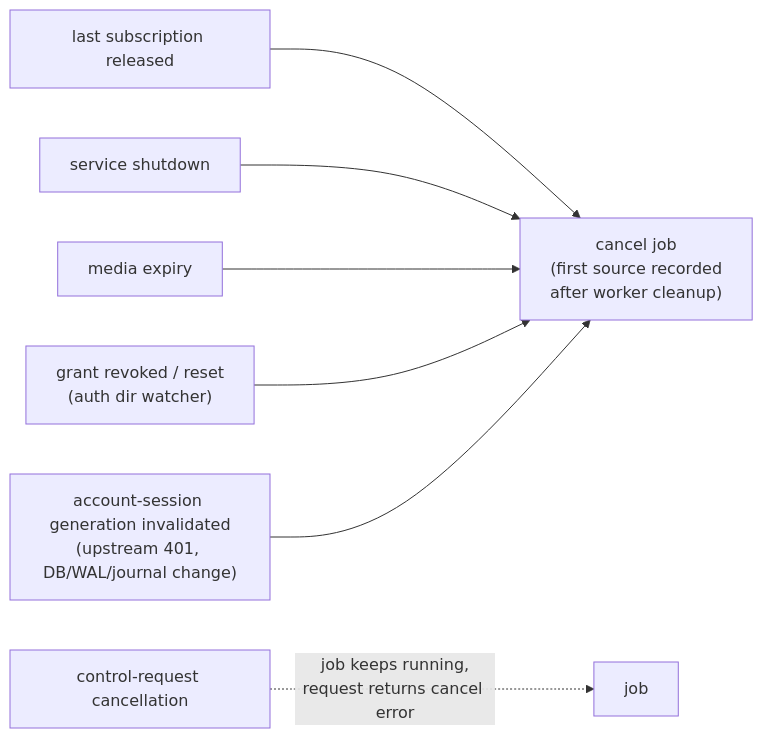
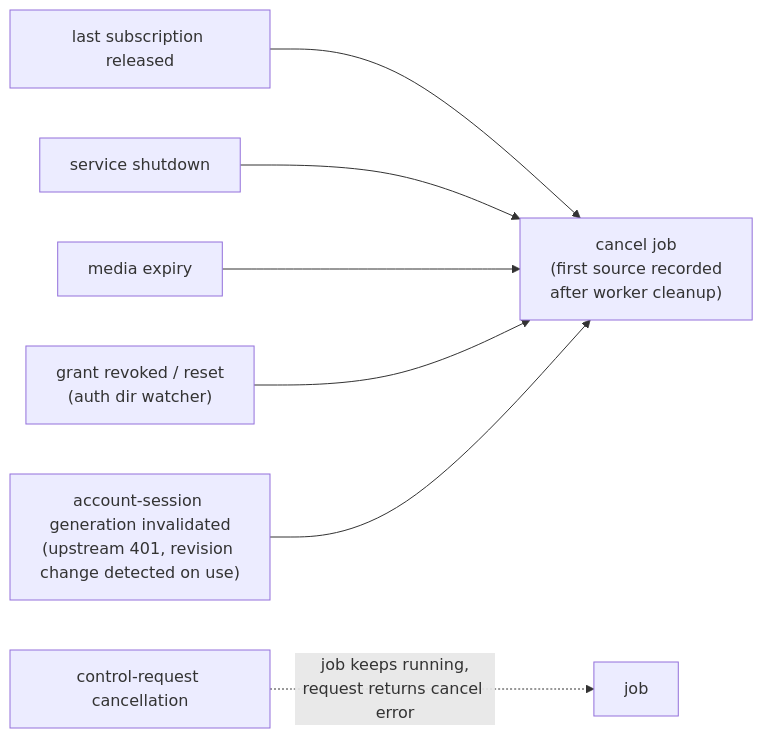
Before and after one commit to FlanChanXwO/pixiv-cli: the fourth of 4 diagrams in docs/en/mcp-gallery.md, drawn with Mermaid. The commit also changed other lines of this file and 91 other files, not shown here.

````diff
--- a/docs/en/mcp-gallery.md
+++ b/docs/en/mcp-gallery.md
@@ -188,9 +188,9 @@
 ```mermaid
 flowchart LR
     R["last subscription released"] --> X["cancel job<br/>(first source recorded<br/>after worker cleanup)"]
     SD["service shutdown"] --> X
     EX["media expiry"] --> X
     AU["grant revoked / reset<br/>(auth dir watcher)"] --> X
-    GE["account-session generation invalidated<br/>(upstream 401, DB/WAL/journal change)"] --> X
+    GE["account-session generation invalidated<br/>(upstream 401, revision change detected on use)"] --> X
     CR["control-request cancellation"] -.->|"job keeps running,<br/>request returns cancel error"| J["job"]
 ```
````
